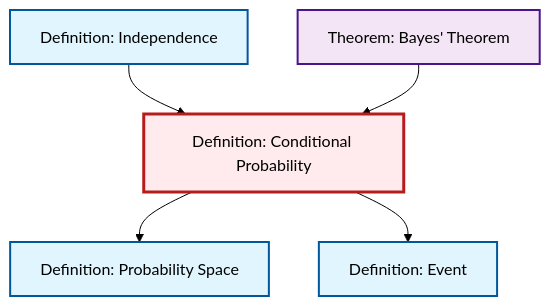
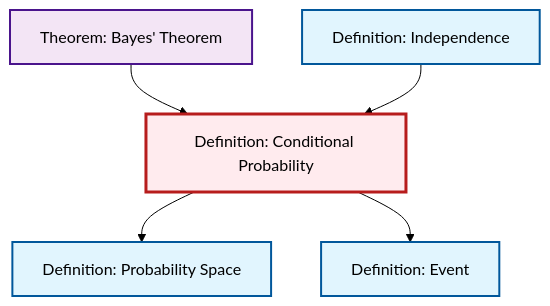
The diagram in content/en/probability-statistics/def-conditional-probability.qmd (RK0429/ModernMath), drawn with Mermaid (forest theme) before and after one commit. The commit also changed other lines of this file and 581 other files, not shown here.

````diff
--- a/content/en/probability-statistics/def-conditional-probability.qmd
+++ b/content/en/probability-statistics/def-conditional-probability.qmd
@@ -69,23 +69,23 @@
 ```{mermaid}
 %%| fig-cap: "Local dependency graph"
 graph TD
     classDef definition fill:#e1f5fe,stroke:#01579b,stroke-width:2px
     classDef theorem fill:#f3e5f5,stroke:#4a148c,stroke-width:2px
     classDef axiom fill:#fff3e0,stroke:#e65100,stroke-width:2px
     classDef example fill:#e8f5e9,stroke:#1b5e20,stroke-width:2px
     classDef current fill:#ffebee,stroke:#b71c1c,stroke-width:3px
-    def-event["Definition: Event"]:::definition
-    thm-bayes["Theorem: Bayes' Theorem"]:::theorem
     def-probability-space["Definition: Probability Space"]:::definition
     def-independence["Definition: Independence"]:::definition
+    thm-bayes["Theorem: Bayes' Theorem"]:::theorem
+    def-event["Definition: Event"]:::definition
     def-conditional-probability["Definition: Conditional Probability"]:::definition
+    def-conditional-probability --> def-probability-space
+    thm-bayes --> def-conditional-probability
+    def-conditional-probability --> def-event
     def-independence --> def-conditional-probability
-    thm-bayes --> def-conditional-probability
-    def-conditional-probability --> def-probability-space
-    def-conditional-probability --> def-event
     class def-conditional-probability current
-    click def-event "def-event.html" "Go to Event definition"
-    click thm-bayes "thm-bayes.html" "Go to Bayes' Theorem theorem"
     click def-probability-space "def-probability-space.html" "Go to Probability Space definition"
     click def-independence "def-independence.html" "Go to Independence definition"
+    click thm-bayes "thm-bayes.html" "Go to Bayes' Theorem theorem"
+    click def-event "def-event.html" "Go to Event definition"
 ```
````
